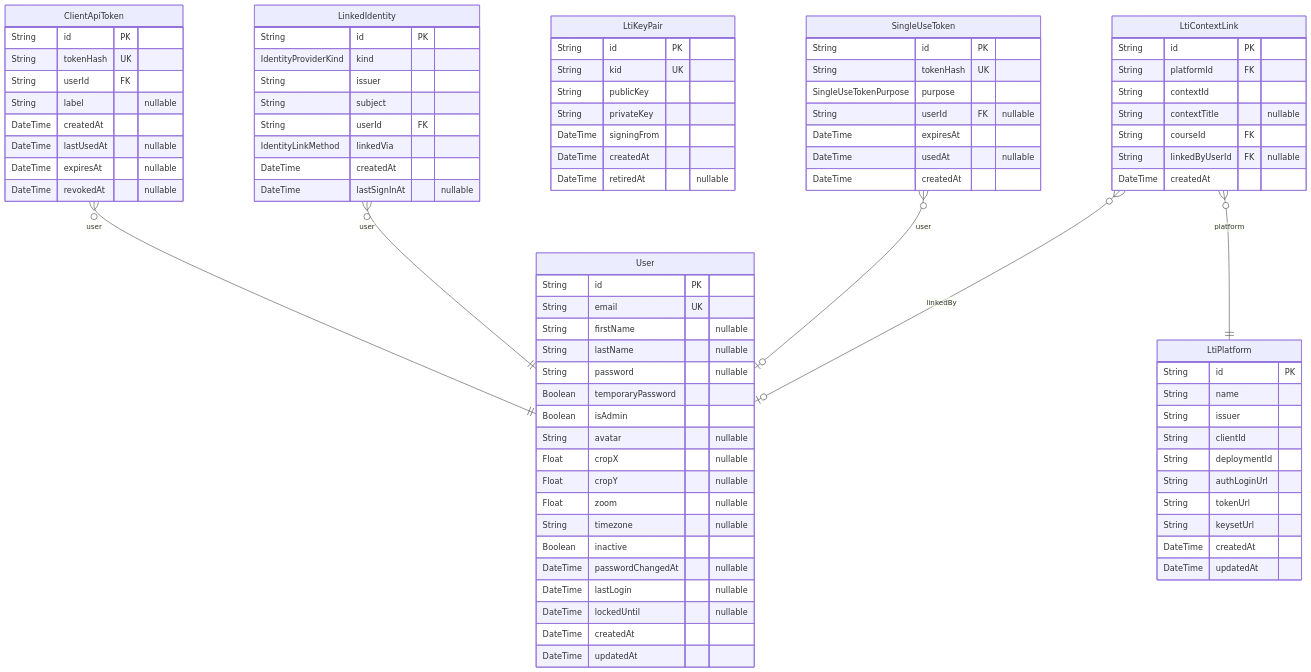
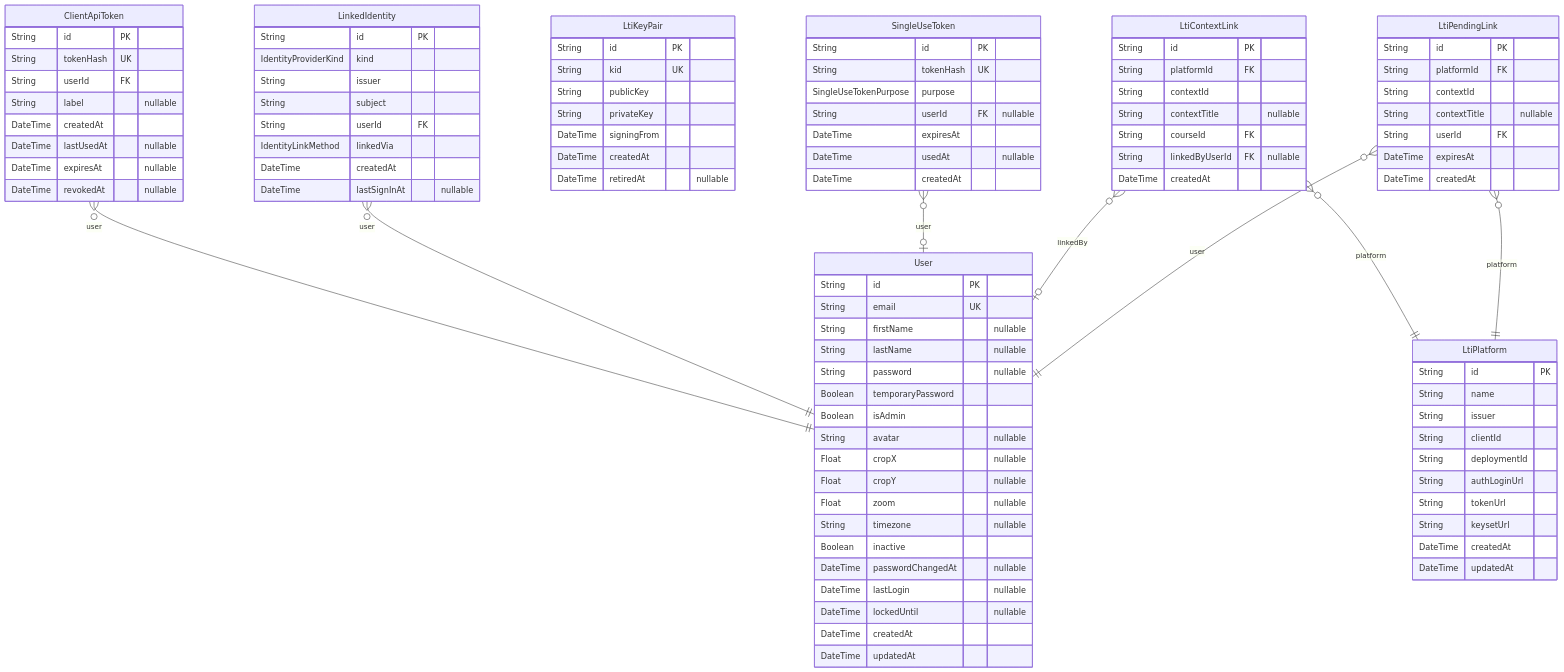
Before and after one commit to PennStateCS/AFCT: the first of 5 diagrams in docs-site/docs/reference/database-schema.md, drawn with Mermaid. The commit also changed other lines of this file and 11 other files, not shown here.

````diff
--- a/docs-site/docs/reference/database-schema.md
+++ b/docs-site/docs/reference/database-schema.md
@@ -91,9 +91,20 @@
   String linkedByUserId FK "nullable"
   DateTime createdAt
 }
+"LtiPendingLink" {
+  String id PK
+  String platformId FK
+  String contextId
+  String contextTitle "nullable"
+  String userId FK
+  DateTime expiresAt
+  DateTime createdAt
+}
 "ClientApiToken" }o--|| "User" : user
 "LinkedIdentity" }o--|| "User" : user
 "SingleUseToken" }o--o| "User" : user
 "LtiContextLink" }o--|| "LtiPlatform" : platform
 "LtiContextLink" }o--o| "User" : linkedBy
+"LtiPendingLink" }o--|| "LtiPlatform" : platform
+"LtiPendingLink" }o--|| "User" : user
 ```
````
